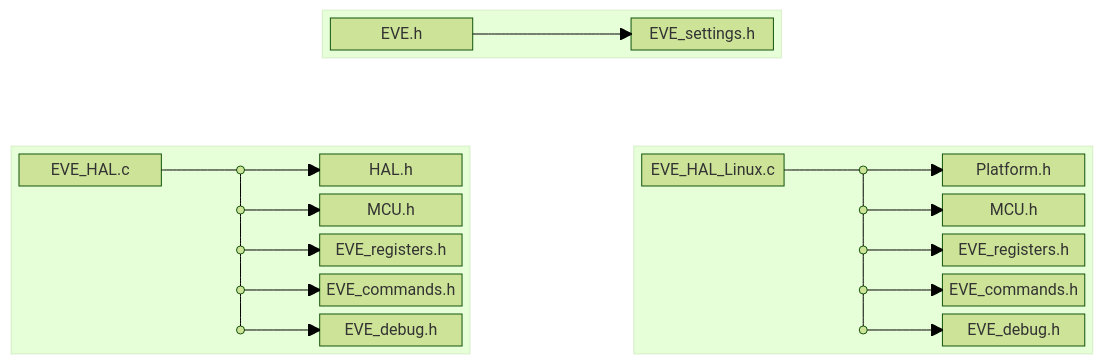
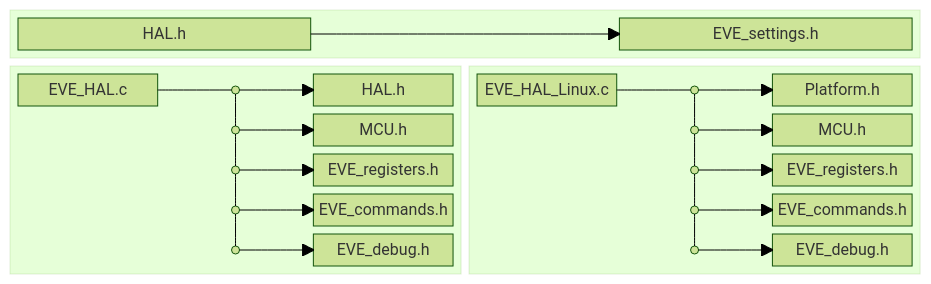
Before and after one commit to Bridgetek/Eve-MCU-Dev: the sixth of 11 diagrams in README.md, drawn with Mermaid (forest theme). The commit also changed other lines of this file, not shown here.

````diff
--- a/README.md
+++ b/README.md
@@ -341,48 +349,45 @@
 ```mermaid
 block
-  columns 7
-  space space 
-  block:TOP_LAYER[" "]:3
+  columns 4
+  block:TOP_LAYER[" "]:4
     columns 3
-    A1["EVE.h"]     space       B1["EVE_settings.h"]
+    A1["HAL.h"]     space       B1["EVE_settings.h"]
     A1 --> B1
   end 
-  space space 
-  block:MCU_LAYER[" "]:3
+  block:MCU_LAYER[" "]:2
     columns 3
     A2["EVE_HAL.c"] X2((" "))   B2["HAL.h"]             
     space           X3((" "))   B3["MCU.h"]             
     space           X4((" "))   B4["EVE_registers.h"]   
     space           X5((" "))   B5["EVE_commands.h"]    
     space           X6((" "))   B6["EVE_debug.h"]       
     A2 --- X2
     X2 --- X3
     X3 --- X4
     X4 --- X5
     X5 --- X6
     X2 --> B2
     X3 --> B3
     X4 --> B4
     X5 --> B5
     X6 --> B6
   end
-  space
-  block:PLATFORM_LAYER[" "]:3
+  block:PLATFORM_LAYER[" "]:2
     columns 3
     A3["EVE_HAL_Linux.c"]  X7((" "))   B7["Platform.h"]
     space                  X8((" "))   B8["MCU.h"] 
     space                  X9((" "))   B9["EVE_registers.h"]
     space                  X10((" "))  B10["EVE_commands.h"]
     space                  X11((" "))  B11["EVE_debug.h"]
     A3 --- X7
     X7 --- X8
     X8 --- X9
     X9 --- X10
     X10 --- X11
     X7 --> B7
     X8 --> B8
     X9 --> B9
     X10 --> B10
     X11 --> B11
   end
 ```
````
